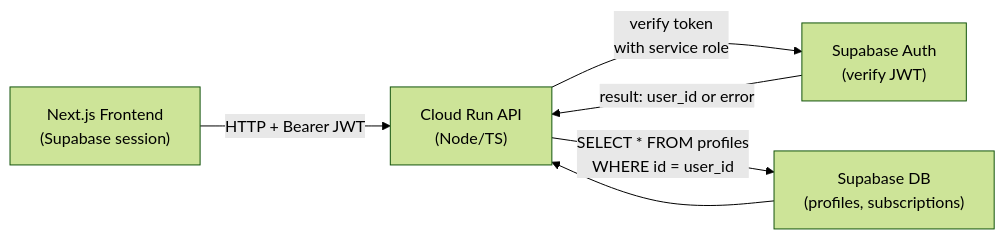
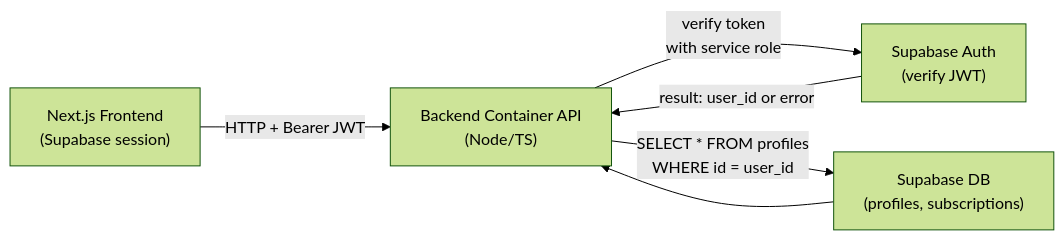
Before and after one commit to songyinggoh/renovation-agent-monorepo: the fifth of 5 diagrams in docs/notion/Authentication and Payments Architecture.md, drawn with Mermaid (forest theme). The commit also changed other lines of this file and 15 other files, not shown here.

````diff
--- a/docs/notion/Authentication and Payments Architecture.md
+++ b/docs/notion/Authentication and Payments Architecture.md
@@ -279,14 +279,14 @@
 ```mermaid
 flowchart LR
   FE["Next.js Frontend<br/>(Supabase session)"]
-  API["Cloud Run API<br/>(Node/TS)"]
+  API["Backend Container API<br/>(Node/TS)"]
   Auth["Supabase Auth<br/>(verify JWT)"]
   DB["Supabase DB<br/>(profiles, subscriptions)"]
 
   FE -->|HTTP + Bearer JWT| API
   API -->|verify token<br/>with service role| Auth
   Auth -->|result: user_id or error| API
   API -->|SELECT * FROM profiles<br/>WHERE id = user_id| DB
   DB --> API
 
 ```
````
